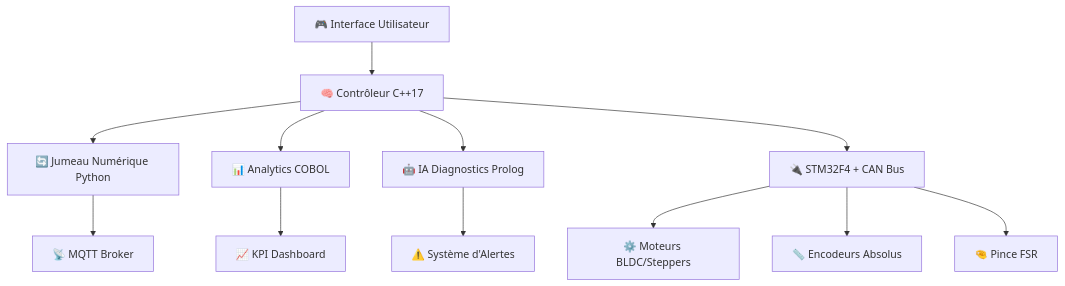
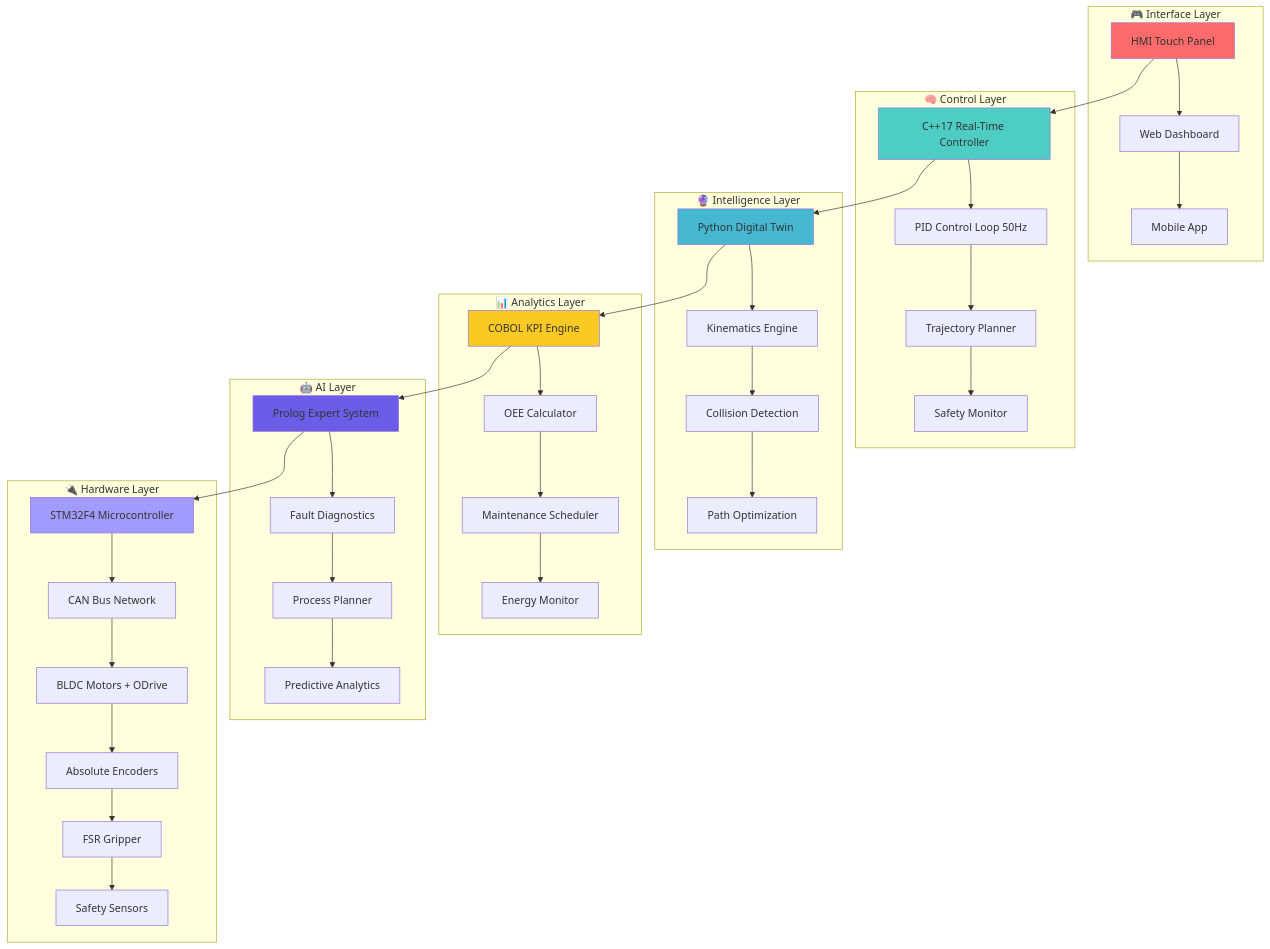
The first of 2 diagrams in README.md (JonathanK-N/mechatronic-robot-arm-control), drawn with Mermaid before and after one commit. The commit also changed other lines of this file and 14 other files, not shown here.

````diff
--- a/README.md
+++ b/README.md
@@ -48,16 +83,52 @@
 ```mermaid
 graph TB
-    A[🎮 Interface Utilisateur] --> B[🧠 Contrôleur C++17]
-    B --> C[🔄 Jumeau Numérique Python]
-    B --> D[📊 Analytics COBOL]
-    B --> E[🤖 IA Diagnostics Prolog]
+    subgraph "🎮 Interface Layer"
+        A[HMI Touch Panel] --> B[Web Dashboard]
+        B --> C[Mobile App]
+    end
     
-    C --> F[📡 MQTT Broker]
-    D --> G[📈 KPI Dashboard]
-    E --> H[⚠️ Système d'Alertes]
+    subgraph "🧠 Control Layer"
+        D[C++17 Real-Time Controller] --> E[PID Control Loop 50Hz]
+        E --> F[Trajectory Planner]
+        F --> G[Safety Monitor]
+    end
     
-    B --> I[🔌 STM32F4 + CAN Bus]
-    I --> J[⚙️ Moteurs BLDC/Steppers]
-    I --> K[📏 Encodeurs Absolus]
-    I --> L[🤏 Pince FSR]
+    subgraph "🔮 Intelligence Layer"
+        H[Python Digital Twin] --> I[Kinematics Engine]
+        I --> J[Collision Detection]
+        J --> K[Path Optimization]
+    end
+    
+    subgraph "📊 Analytics Layer"
+        L[COBOL KPI Engine] --> M[OEE Calculator]
+        M --> N[Maintenance Scheduler]
+        N --> O[Energy Monitor]
+    end
+    
+    subgraph "🤖 AI Layer"
+        P[Prolog Expert System] --> Q[Fault Diagnostics]
+        Q --> R[Process Planner]
+        R --> S[Predictive Analytics]
+    end
+    
+    subgraph "🔌 Hardware Layer"
+        T[STM32F4 Microcontroller] --> U[CAN Bus Network]
+        U --> V[BLDC Motors + ODrive]
+        V --> W[Absolute Encoders]
+        W --> X[FSR Gripper]
+        X --> Y[Safety Sensors]
+    end
+    
+    A --> D
+    D --> H
+    H --> L
+    L --> P
+    P --> T
+    
+    style A fill:#ff6b6b
+    style D fill:#4ecdc4
+    style H fill:#45b7d1
+    style L fill:#f9ca24
+    style P fill:#6c5ce7
+    style T fill:#a29bfe
 ```
````
